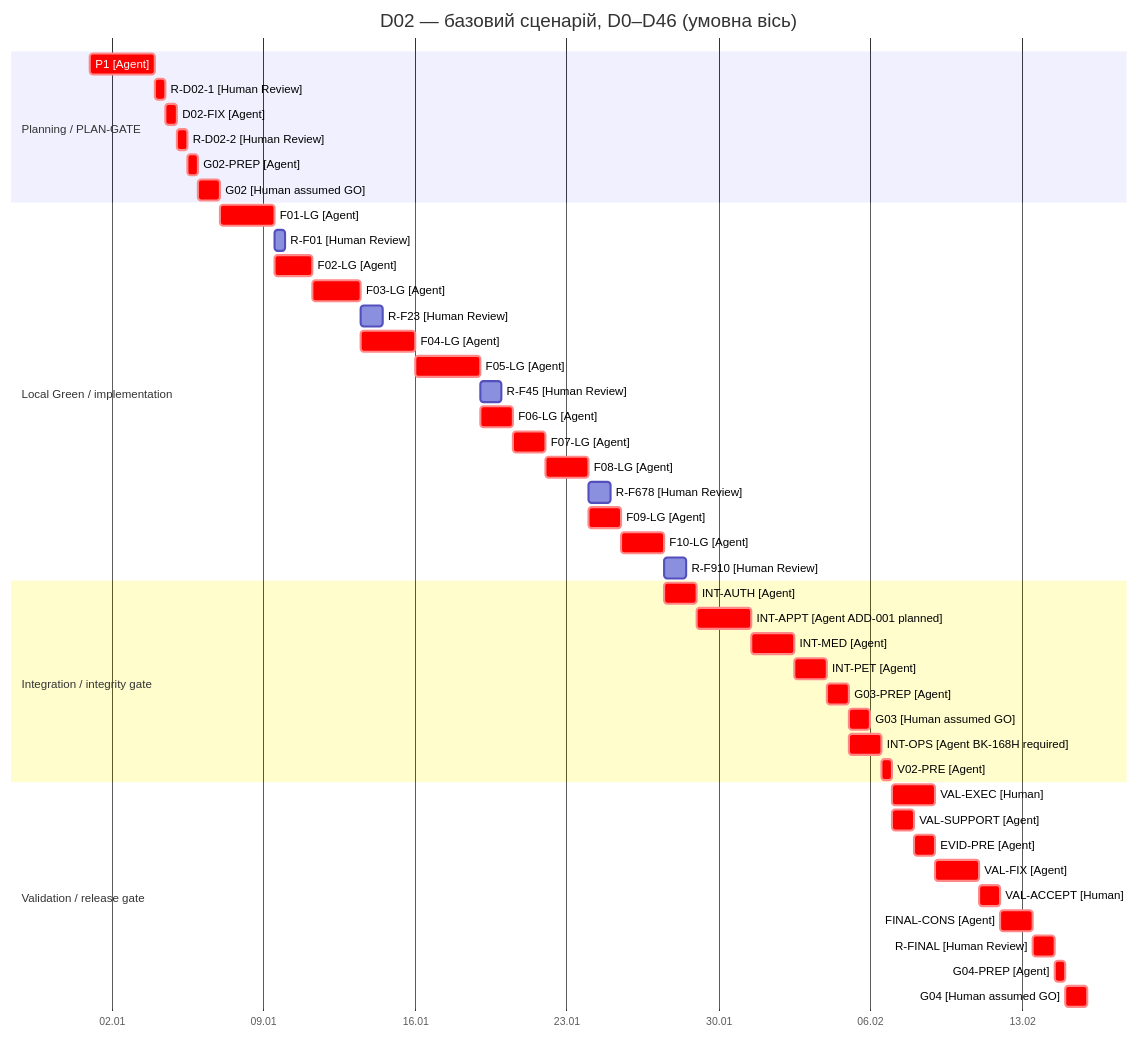
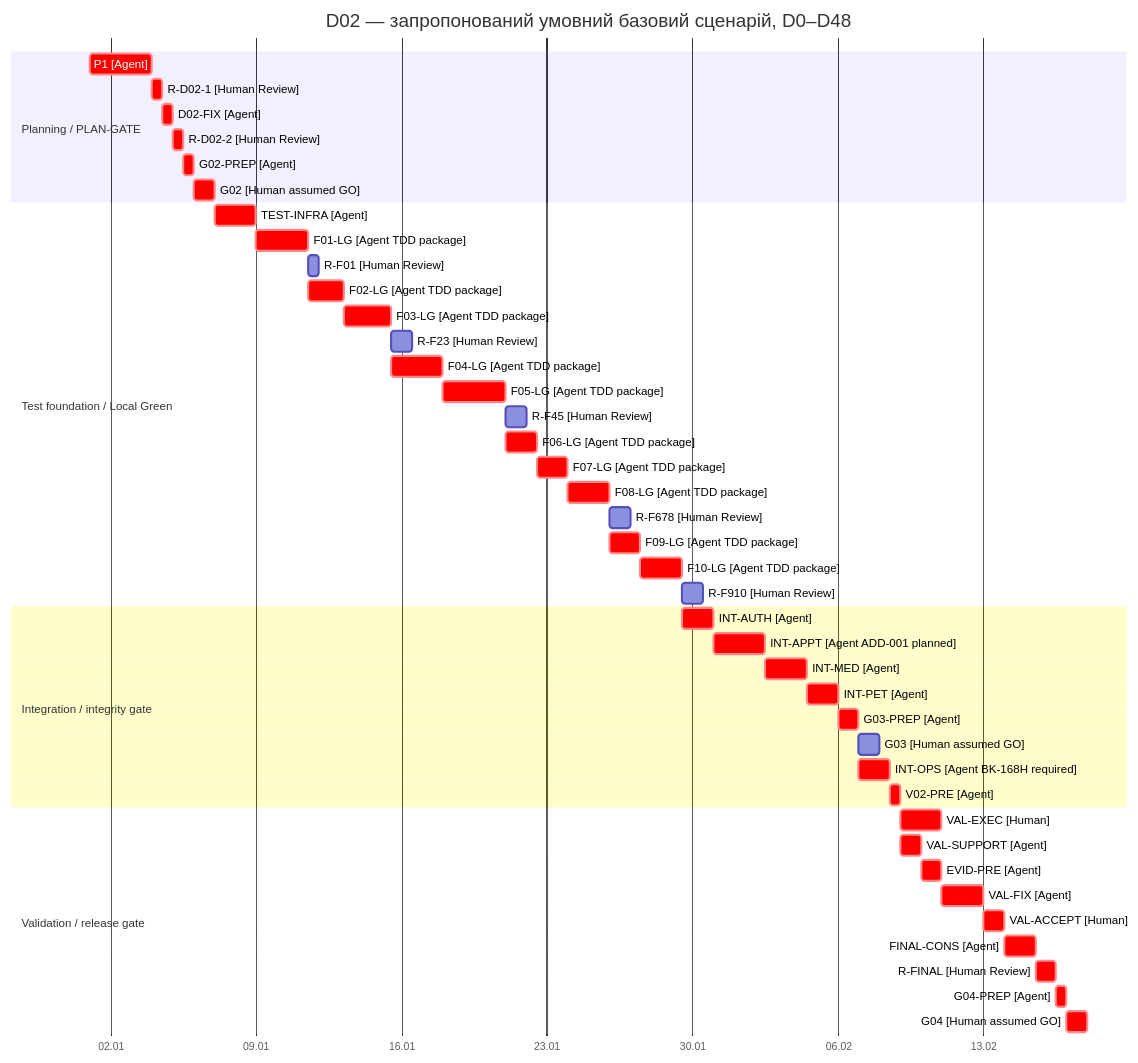
One commit to yanchiix/vet-clinic changed the diagram in docs/planning/implementation-plan.md. Above: the diagram before and after it, drawn with Mermaid. The commit also changed other lines of this file and 10 other files, not shown here.

````diff
--- a/docs/planning/implementation-plan.md
+++ b/docs/planning/implementation-plan.md
@@ -238,52 +318,53 @@
 ```mermaid
 gantt
-    title D02 — базовий сценарій, D0–D46 (умовна вісь)
+    title D02 — запропонований умовний базовий сценарій, D0–D48
     dateFormat YYYY-MM-DD HH:mm
     axisFormat %d.%m
 
     section Planning / PLAN-GATE
     P1 [Agent]                         :crit, p1, 2000-01-01 00:00, 72h
     R-D02-1 [Human Review]             :crit, rd021, after p1, 12h
     D02-FIX [Agent]                    :crit, d02fix, after rd021, 12h
     R-D02-2 [Human Review]             :crit, rd022, after d02fix, 12h
     G02-PREP [Agent]                   :crit, g02prep, after rd022, 12h
-    G02 [Human assumed GO]            :crit, g02, after g02prep, 24h
+    G02 [Human assumed GO]             :crit, g02, after g02prep, 24h
 
-    section Local Green / implementation
-    F01-LG [Agent]                     :crit, f01, after g02, 60h
+    section Test foundation / Local Green
+    TEST-INFRA [Agent]                 :crit, testinfra, after g02, 48h
+    F01-LG [Agent TDD package]         :crit, f01, after testinfra, 60h
     R-F01 [Human Review]               :rf01, after f01, 12h
-    F02-LG [Agent]                     :crit, f02, after f01, 42h
-    F03-LG [Agent]                     :crit, f03, after f02, 54h
+    F02-LG [Agent TDD package]         :crit, f02, after f01, 42h
+    F03-LG [Agent TDD package]         :crit, f03, after f02, 54h
     R-F23 [Human Review]               :rf23, after f03, 24h
-    F04-LG [Agent]                     :crit, f04, after f03, 60h
-    F05-LG [Agent]                     :crit, f05, after f04, 72h
+    F04-LG [Agent TDD package]         :crit, f04, after f03, 60h
+    F05-LG [Agent TDD package]         :crit, f05, after f04, 72h
     R-F45 [Human Review]               :rf45, after f05, 24h
-    F06-LG [Agent]                     :crit, f06, after f05, 36h
-    F07-LG [Agent]                     :crit, f07, after f06, 36h
-    F08-LG [Agent]                     :crit, f08, after f07, 48h
+    F06-LG [Agent TDD package]         :crit, f06, after f05, 36h
+    F07-LG [Agent TDD package]         :crit, f07, after f06, 36h
+    F08-LG [Agent TDD package]         :crit, f08, after f07, 48h
     R-F678 [Human Review]              :rf678, after f08, 24h
-    F09-LG [Agent]                     :crit, f09, after f08, 36h
-    F10-LG [Agent]                     :crit, f10, after f09, 48h
+    F09-LG [Agent TDD package]         :crit, f09, after f08, 36h
+    F10-LG [Agent TDD package]         :crit, f10, after f09, 48h
     R-F910 [Human Review]              :rf910, after f10, 24h
 
     section Integration / integrity gate
-    INT-AUTH [Agent]                   :crit, intauth, after f10, 36h
-    INT-APPT [Agent ADD-001 planned]  :crit, intappt, after intauth, 60h
-    INT-MED [Agent]                    :crit, intmed, after intappt, 48h
-    INT-PET [Agent]                    :crit, intpet, after intmed, 36h
-    G03-PREP [Agent]                   :crit, g03prep, after intpet, 24h
-    G03 [Human assumed GO]            :crit, g03, after g03prep, 24h
-    INT-OPS [Agent BK-168H required]  :crit, intops, after g03prep, 36h
+    INT-AUTH [Agent]                   :crit, intauth, after f10 rf01 rf23 rf678, 36h
+    INT-APPT [Agent ADD-001 planned]   :crit, intappt, after intauth rf01 rf45 rf678, 60h
+    INT-MED [Agent]                    :crit, intmed, after intappt rf01 rf23 rf45 rf678, 48h
+    INT-PET [Agent]                    :crit, intpet, after intmed rf23 rf45 rf678, 36h
+    G03-PREP [Agent]                   :crit, g03prep, after intpet intauth intappt intmed, 24h
+    G03 [Human assumed GO]             :g03, after g03prep, 24h
+    INT-OPS [Agent BK-168H required]   :crit, intops, after g03prep rf23 rf45 rf910, 36h
     V02-PRE [Agent]                    :crit, v02pre, after g03 intops, 12h
 
     section Validation / release gate
     VAL-EXEC [Human]                   :crit, valexec, after v02pre, 48h
     VAL-SUPPORT [Agent]                :crit, valsupport, after v02pre, 24h
     EVID-PRE [Agent]                   :crit, evidpre, after valsupport, 24h
     VAL-FIX [Agent]                    :crit, valfix, after valexec evidpre, 48h
     VAL-ACCEPT [Human]                 :crit, valaccept, after valfix, 24h
     FINAL-CONS [Agent]                 :crit, finalcons, after valaccept, 36h
     R-FINAL [Human Review]             :crit, rfinal, after finalcons, 24h
     G04-PREP [Agent]                   :crit, g04prep, after rfinal, 12h
-    G04 [Human assumed GO]            :crit, g04, after g04prep, 24h
+    G04 [Human assumed GO]             :crit, g04, after g04prep, 24h
 ```
````
